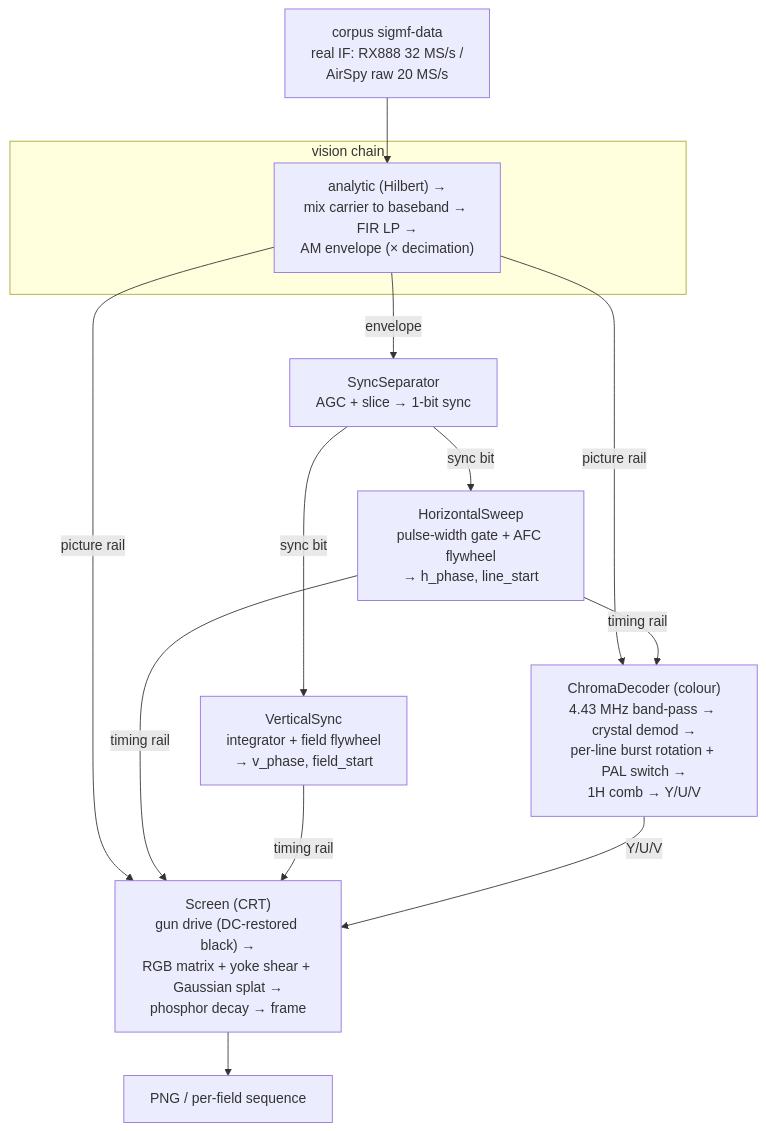
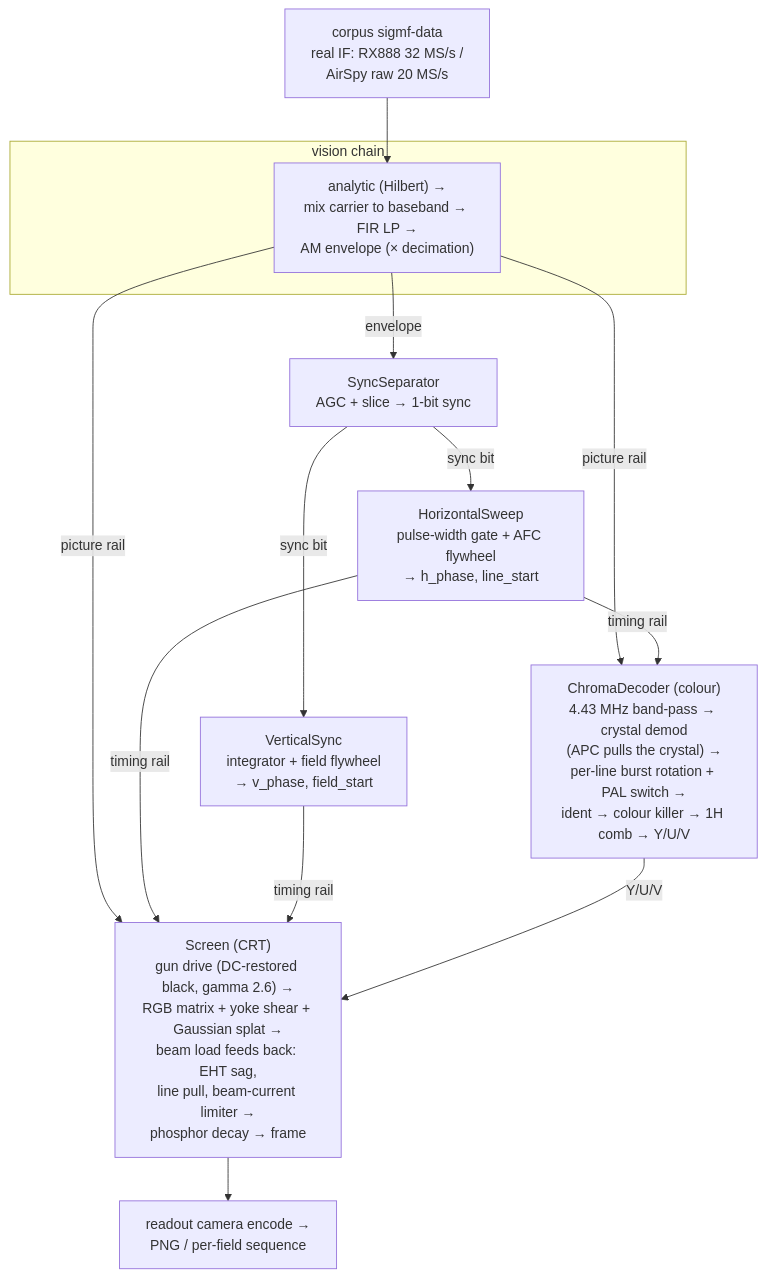
Before and after one commit to mattgodbolt/PALindrome: the diagram in README.md, drawn with Mermaid. The commit also changed other lines of this file, not shown here.

First line of the commit message:
docs: README sweep — fix rotted claims, refresh diagram, add glossary

````diff
--- a/README.md
+++ b/README.md
@@ -110,19 +113,19 @@
 ```mermaid
 flowchart TD
     SIGMF["corpus sigmf-data<br/>real IF: RX888 32 MS/s /<br/>AirSpy raw 20 MS/s"] --> VIS
 
     subgraph vis["vision chain"]
       VIS["analytic (Hilbert) →<br/>mix carrier to baseband → FIR LP →<br/>AM envelope (× decimation)"]
     end
 
     VIS -->|envelope| SEP["SyncSeparator<br/>AGC + slice → 1-bit sync"]
     VIS -->|picture rail| SCR
-    VIS -->|picture rail| CH["ChromaDecoder (colour)<br/>4.43 MHz band-pass → crystal demod →<br/>per-line burst rotation + PAL switch →<br/>1H comb → Y/U/V"]
+    VIS -->|picture rail| CH["ChromaDecoder (colour)<br/>4.43 MHz band-pass → crystal demod<br/>(APC pulls the crystal) →<br/>per-line burst rotation + PAL switch →<br/>ident → colour killer → 1H comb → Y/U/V"]
     SEP -->|sync bit| HS["HorizontalSweep<br/>pulse-width gate + AFC flywheel<br/>→ h_phase, line_start"]
     SEP -->|sync bit| VS["VerticalSync<br/>integrator + field flywheel<br/>→ v_phase, field_start"]
     HS -->|timing rail| CH
-    HS -->|timing rail| SCR["Screen (CRT)<br/>gun drive (DC-restored black) →<br/>RGB matrix + yoke shear + Gaussian splat →<br/>phosphor decay → frame"]
+    HS -->|timing rail| SCR["Screen (CRT)<br/>gun drive (DC-restored black, gamma 2.6) →<br/>RGB matrix + yoke shear + Gaussian splat →<br/>beam load feeds back: EHT sag,<br/>line pull, beam-current limiter →<br/>phosphor decay → frame"]
     VS -->|timing rail| SCR
     CH -->|Y/U/V| SCR
-    SCR --> PNG["PNG / per-field sequence"]
+    SCR --> PNG["readout camera encode →<br/>PNG / per-field sequence"]
 ```
````
